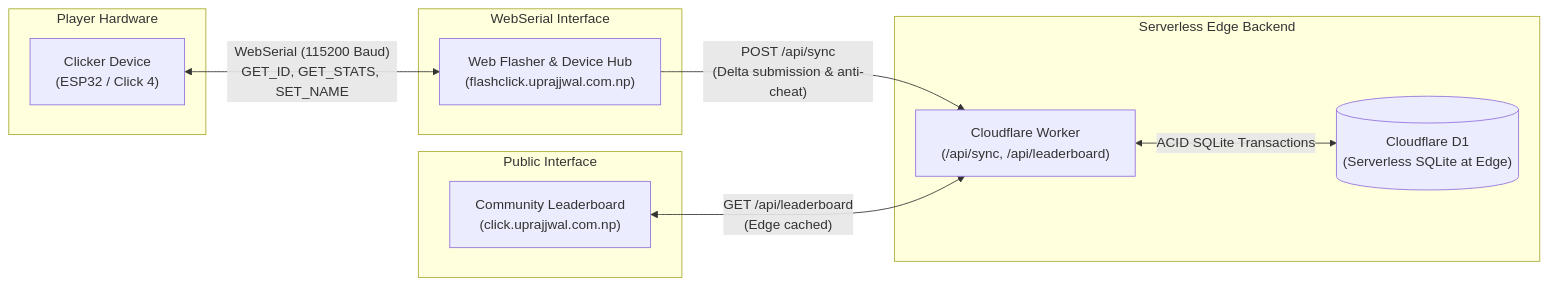
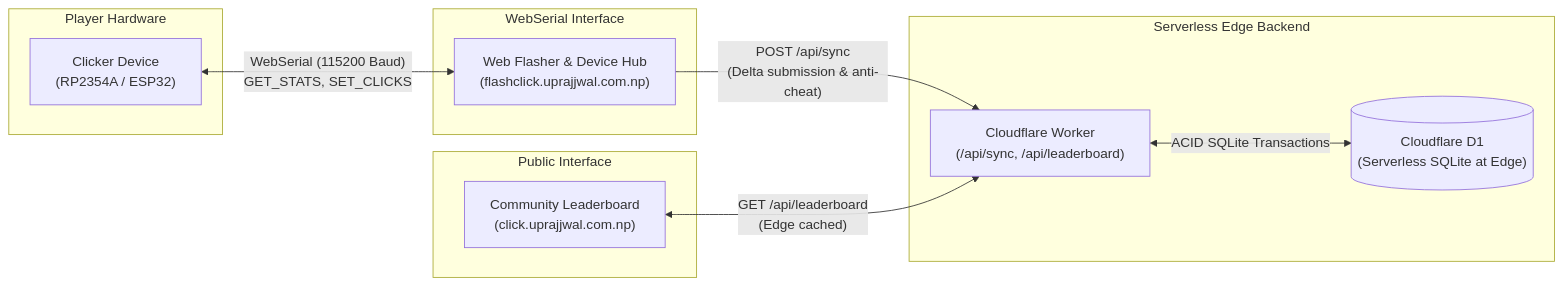
Before and after one commit to prajjwalprajjwal/Click: the diagram in docs/leaderboard_architecture.md, drawn with Mermaid. The commit also changed other lines of this file and 18 other files, not shown here.

````diff
--- a/docs/leaderboard_architecture.md
+++ b/docs/leaderboard_architecture.md
@@ -9,24 +9,24 @@
 ```mermaid
 flowchart LR
     subgraph Client["Player Hardware"]
-        DEV["Clicker Device\n(ESP32 / Click 4)"]
+        DEV["Clicker Device\n(RP2354A / ESP32)"]
     end
 
     subgraph Flashing["WebSerial Interface"]
         WF["Web Flasher & Device Hub\n(flashclick.uprajjwal.com.np)"]
     end
 
     subgraph Cloud["Serverless Edge Backend"]
         API["Cloudflare Worker\n(/api/sync, /api/leaderboard)"]
         DB[("Cloudflare D1\n(Serverless SQLite at Edge)")]
     end
 
     subgraph Web["Public Interface"]
         SITE["Community Leaderboard\n(click.uprajjwal.com.np)"]
     end
 
-    DEV <-->|"WebSerial (115200 Baud)\nGET_ID, GET_STATS, SET_NAME"| WF
+    DEV <-->|"WebSerial (115200 Baud)\nGET_STATS, SET_CLICKS"| WF
     WF -->|"POST /api/sync\n(Delta submission & anti-cheat)"| API
     API <-->|"ACID SQLite Transactions"| DB
     SITE <-->|"GET /api/leaderboard\n(Edge cached)"| API
 ```
````
